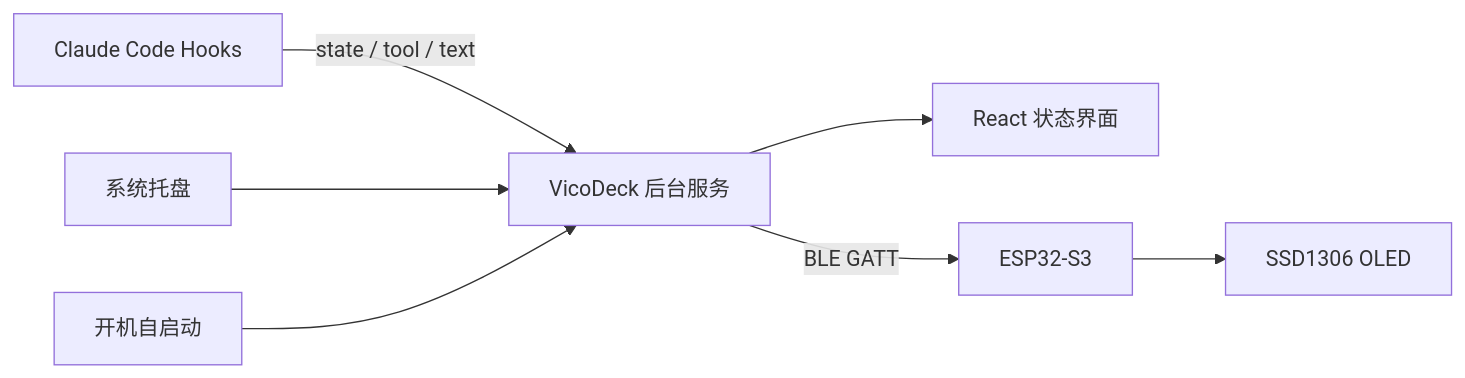
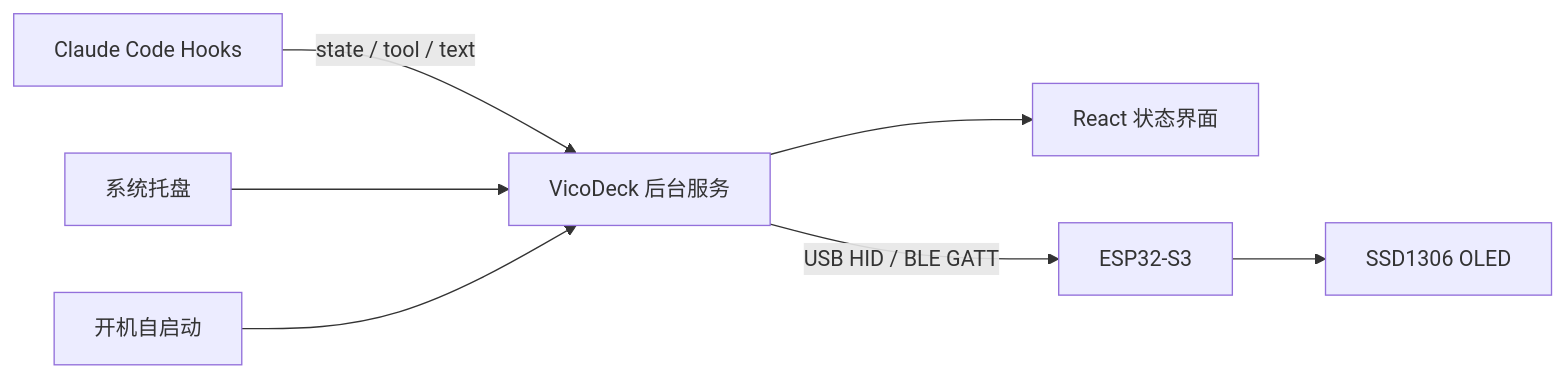
One commit to Apezer/vico-deck changed the diagram in README.md. Above: the diagram before and after it, drawn with Mermaid. The commit also changed other lines of this file and 28 other files, not shown here.

````diff
--- a/README.md
+++ b/README.md
@@ -109,10 +120,10 @@
 ```mermaid
 flowchart LR
     A["Claude Code Hooks"] -->|"state / tool / text"| B["VicoDeck 后台服务"]
     B --> C["React 状态界面"]
-    B -->|"BLE GATT"| D["ESP32-S3"]
+    B -->|"USB HID / BLE GATT"| D["ESP32-S3"]
     D --> E["SSD1306 OLED"]
 
     F["系统托盘"] --> B
     G["开机自启动"] --> B
 ```
````
